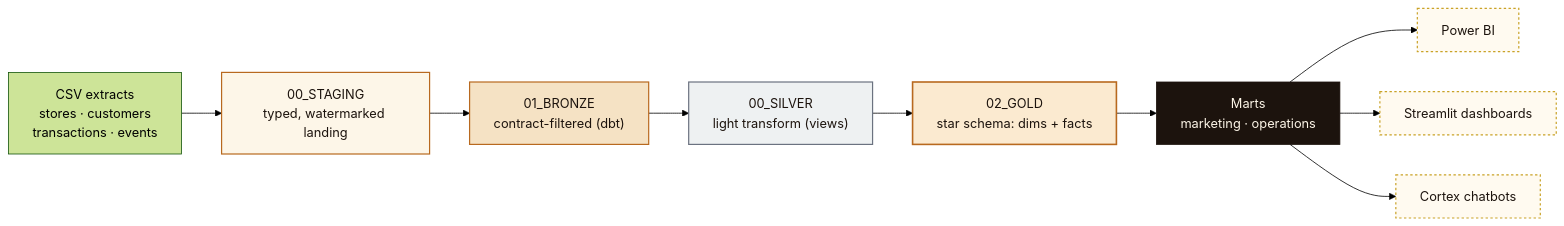
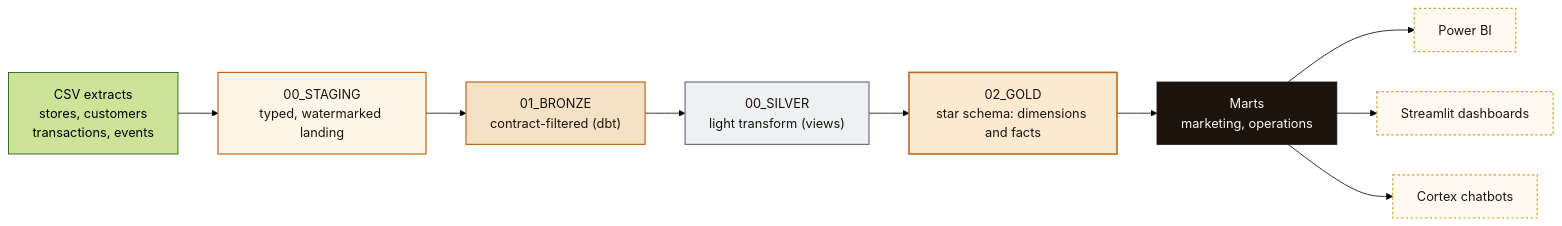
Before and after one commit to rfim/nero-loyalty-dcm: the diagram in README.md, drawn with Mermaid (forest theme). The commit also changed other lines of this file, not shown here.

````diff
--- a/README.md
+++ b/README.md
@@ -29,21 +30,21 @@
 ```mermaid
 flowchart LR
     classDef staging fill:#fdf6e8,stroke:#b8691f,stroke-width:1.5px,color:#1c130d
     classDef bronze fill:#f5e2c4,stroke:#b8691f,stroke-width:1.5px,color:#1c130d
     classDef silver fill:#eef1f2,stroke:#6b7280,stroke-width:1.5px,color:#1c130d
     classDef gold fill:#fbead0,stroke:#b8691f,stroke-width:2px,color:#1c130d
     classDef mart fill:#1c130d,stroke:#1c130d,color:#fdf6e8
     classDef serve fill:#fffaf0,stroke:#c9a227,stroke-width:1.5px,color:#1c130d,stroke-dasharray: 3 3
 
-    CSV["CSV extracts\nstores · customers\ntransactions · events"] --> STG
+    CSV["CSV extracts\nstores, customers\ntransactions, events"] --> STG
     STG["00_STAGING\ntyped, watermarked landing"]:::staging --> BRZ
     BRZ["01_BRONZE\ncontract-filtered (dbt)"]:::bronze --> SLV
     SLV["00_SILVER\nlight transform (views)"]:::silver --> GLD
-    GLD["02_GOLD\nstar schema: dims + facts"]:::gold --> MART
-    MART["Marts\nmarketing · operations"]:::mart --> BI
+    GLD["02_GOLD\nstar schema: dimensions and facts"]:::gold --> MART
+    MART["Marts\nmarketing, operations"]:::mart --> BI
     MART --> DASH
     MART --> CHAT
     BI["Power BI"]:::serve
     DASH["Streamlit dashboards"]:::serve
     CHAT["Cortex chatbots"]:::serve
 ```
````
